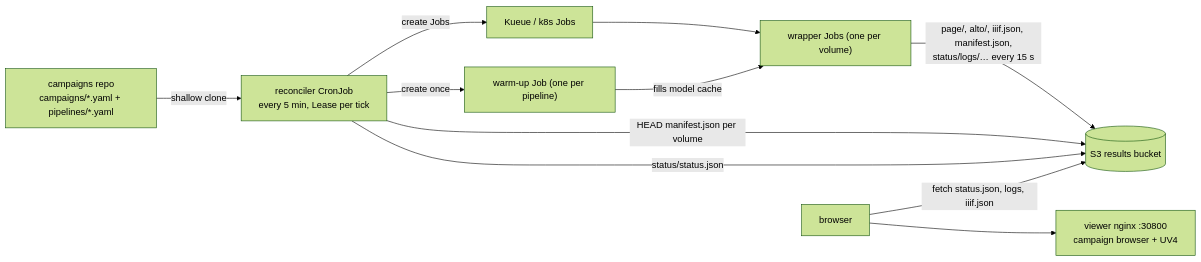
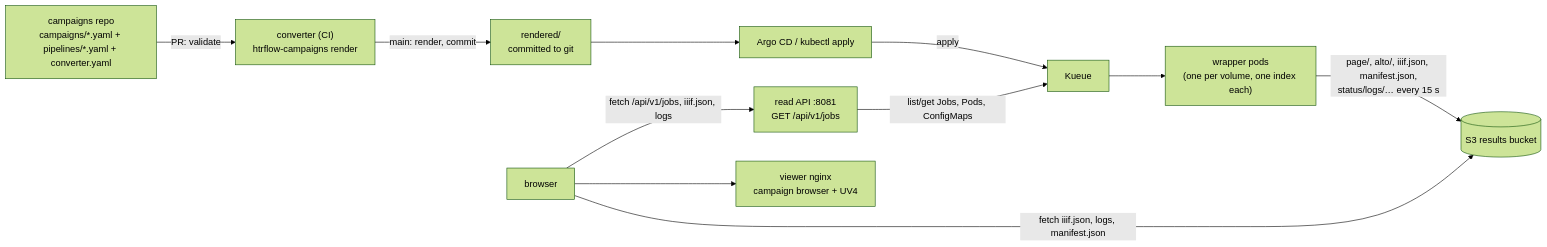
The diagram in docs/how-it-works/campaigns.md (AI-Riksarkivet/htrflow-batch), drawn with Mermaid (forest theme) before and after one commit. The commit also changed other lines of this file and 37 other files, not shown here.

````diff
--- a/docs/how-it-works/campaigns.md
+++ b/docs/how-it-works/campaigns.md
@@ -25,20 +28,22 @@
 ```mermaid
 flowchart LR
-    G["campaigns repo<br/>campaigns/*.yaml + pipelines/*.yaml"]
-    R["reconciler CronJob<br/>every 5 min, Lease per tick"]
-    K["Kueue / k8s Jobs"]
-    W["wrapper Jobs (one per volume)"]
-    U["warm-up Job (one per pipeline)"]
+    G["campaigns repo<br/>campaigns/*.yaml + pipelines/*.yaml + converter.yaml"]
+    C["converter (CI)<br/>htrflow-campaigns render"]
+    R["rendered/<br/>committed to git"]
+    A["Argo CD / kubectl apply"]
+    K["Kueue"]
+    W["wrapper pods<br/>(one per volume, one index each)"]
     S[("S3 results bucket")]
-    V["viewer nginx :30800<br/>campaign browser + UV4"]
+    API["read API :8081<br/>GET /api/v1/jobs"]
+    V["viewer nginx<br/>campaign browser + UV4"]
     B["browser"]
 
-    G -->|shallow clone| R
-    R -->|create Jobs| K --> W
-    R -->|create once| U -->|fills model cache| W
+    G -->|"PR: validate"| C
+    C -->|"main: render, commit"| R
+    R --> A -->|apply| K --> W
     W -->|"page/, alto/, iiif.json, manifest.json,<br/>status/logs/… every 15 s"| S
-    R -->|"HEAD manifest.json per volume"| S
-    R -->|"status/status.json"| S
-    B -->|"fetch status.json, logs, iiif.json"| S
+    API -->|"list/get Jobs, Pods, ConfigMaps"| K
+    B -->|"fetch /api/v1/jobs, iiif.json, logs"| API
+    B -->|"fetch iiif.json, logs, manifest.json"| S
     B --> V
 ```
````
